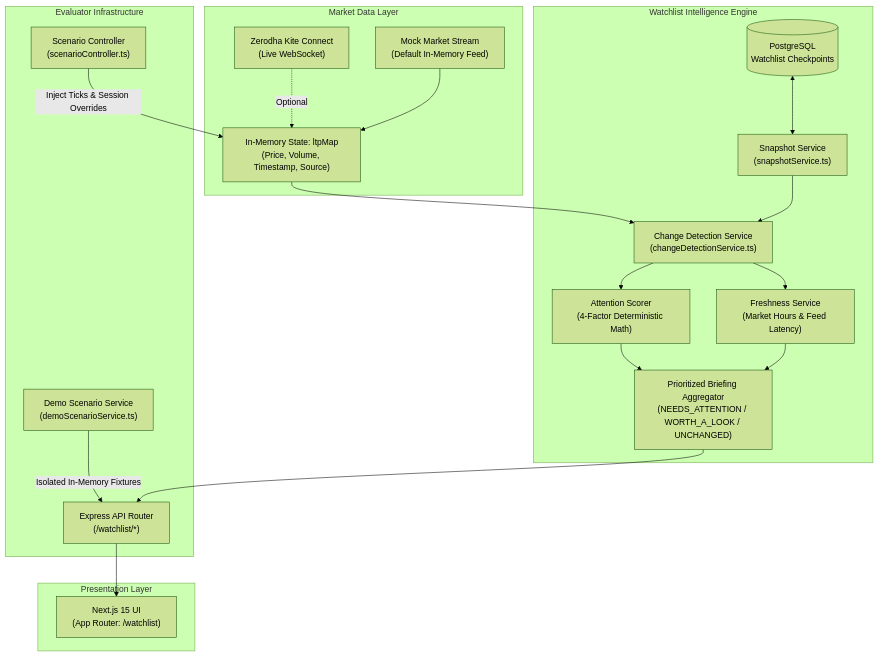
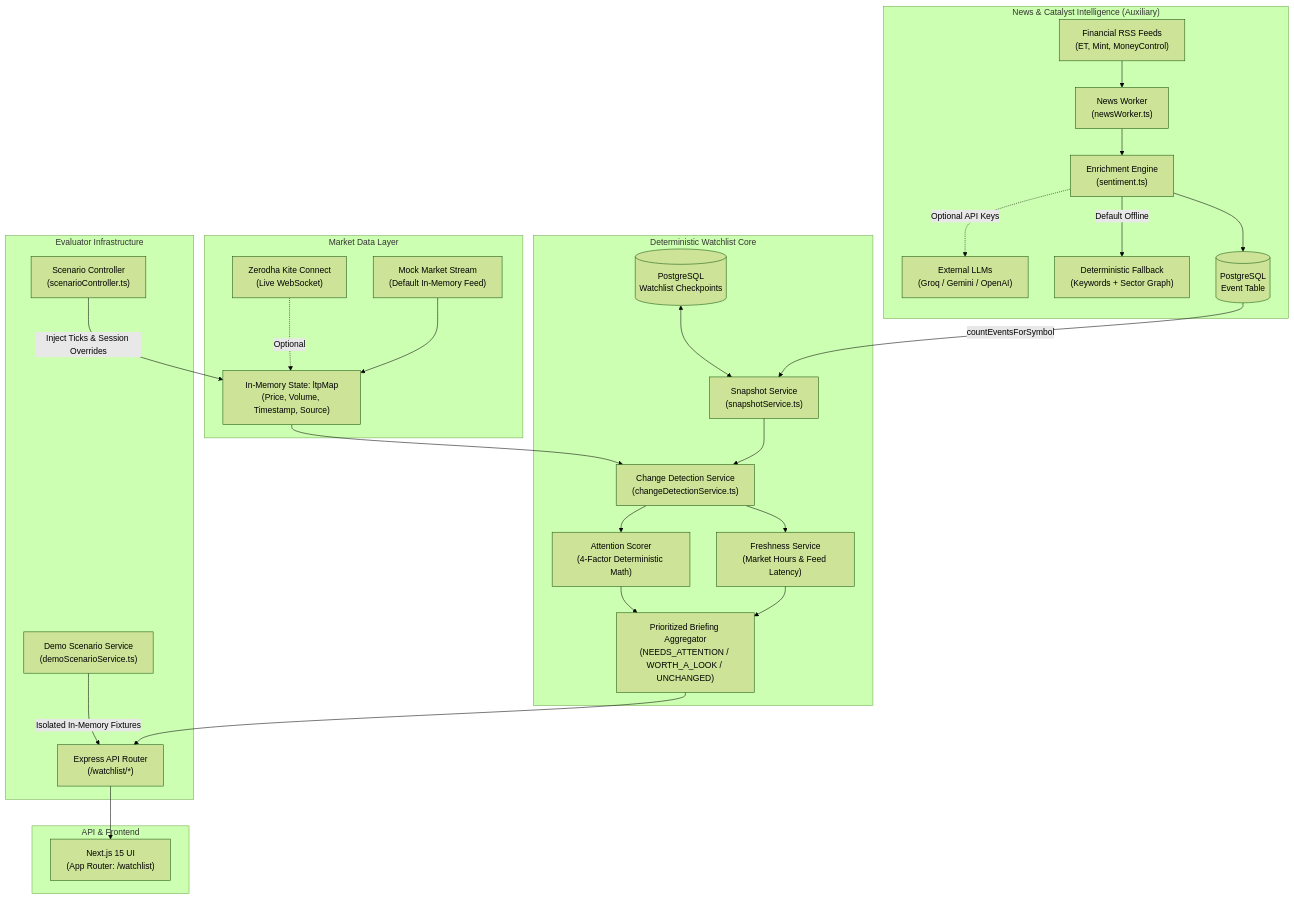
Before and after one commit to madhavofficial/Ultimate-Trader-Dashboard-GitHub-Repository-Structure: the diagram in README.md, drawn with Mermaid (forest theme). The commit also changed other lines of this file, not shown here.

Commit message:
docs: document mathematical determinism, scoring equations, and system architecture in README

````diff
--- a/README.md
+++ b/README.md
@@ -141,27 +292,36 @@
 ```mermaid
 flowchart TD
-    subgraph Ingestion["Market Data Layer"]
+    subgraph Market_Layer["Market Data Layer"]
         Kite["Zerodha Kite Connect<br/>(Live WebSocket)"] -.->|Optional| ltpMap
         Mock["Mock Market Stream<br/>(Default In-Memory Feed)"] --> ltpMap["In-Memory State: ltpMap<br/>(Price, Volume, Timestamp, Source)"]
     end
 
-    subgraph Core["Watchlist Intelligence Engine"]
+    subgraph Core_Engine["Deterministic Watchlist Core"]
         ltpMap --> CD["Change Detection Service<br/>(changeDetectionService.ts)"]
         DB[(PostgreSQL<br/>Watchlist Checkpoints)] <--> SS["Snapshot Service<br/>(snapshotService.ts)"]
         SS --> CD
         CD --> AS["Attention Scorer<br/>(4-Factor Deterministic Math)"]
         CD --> FS["Freshness Service<br/>(Market Hours & Feed Latency)"]
         AS --> Agg["Prioritized Briefing Aggregator<br/>(NEEDS_ATTENTION / WORTH_A_LOOK / UNCHANGED)"]
         FS --> Agg
     end
 
+    subgraph Event_Pipeline["News & Catalyst Intelligence (Auxiliary)"]
+        RSS["Financial RSS Feeds<br/>(ET, Mint, MoneyControl)"] --> NW["News Worker<br/>(newsWorker.ts)"]
+        NW --> AI["Enrichment Engine<br/>(sentiment.ts)"]
+        AI -.->|Optional API Keys| LLM["External LLMs<br/>(Groq / Gemini / OpenAI)"]
+        AI -->|Default Offline| NLP["Deterministic Fallback<br/>(Keywords + Sector Graph)"]
+        AI --> EvDB[(PostgreSQL<br/>Event Table)]
+        EvDB -->|countEventsForSymbol| SS
+    end
+
     subgraph Simulation["Evaluator Infrastructure"]
         SC["Scenario Controller<br/>(scenarioController.ts)"] -->|Inject Ticks & Session Overrides| ltpMap
         DS["Demo Scenario Service<br/>(demoScenarioService.ts)"] -->|Isolated In-Memory Fixtures| API
     end
 
-    subgraph Interface["Presentation Layer"]
+    subgraph Presentation["API & Frontend"]
         Agg --> API["Express API Router<br/>(/watchlist/*)"]
         API --> UI["Next.js 15 UI<br/>(App Router: /watchlist)"]
     end
 ```
````
